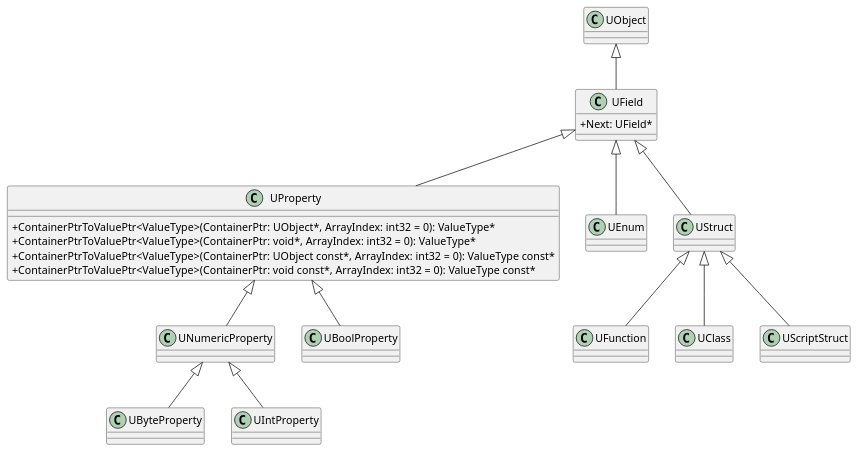
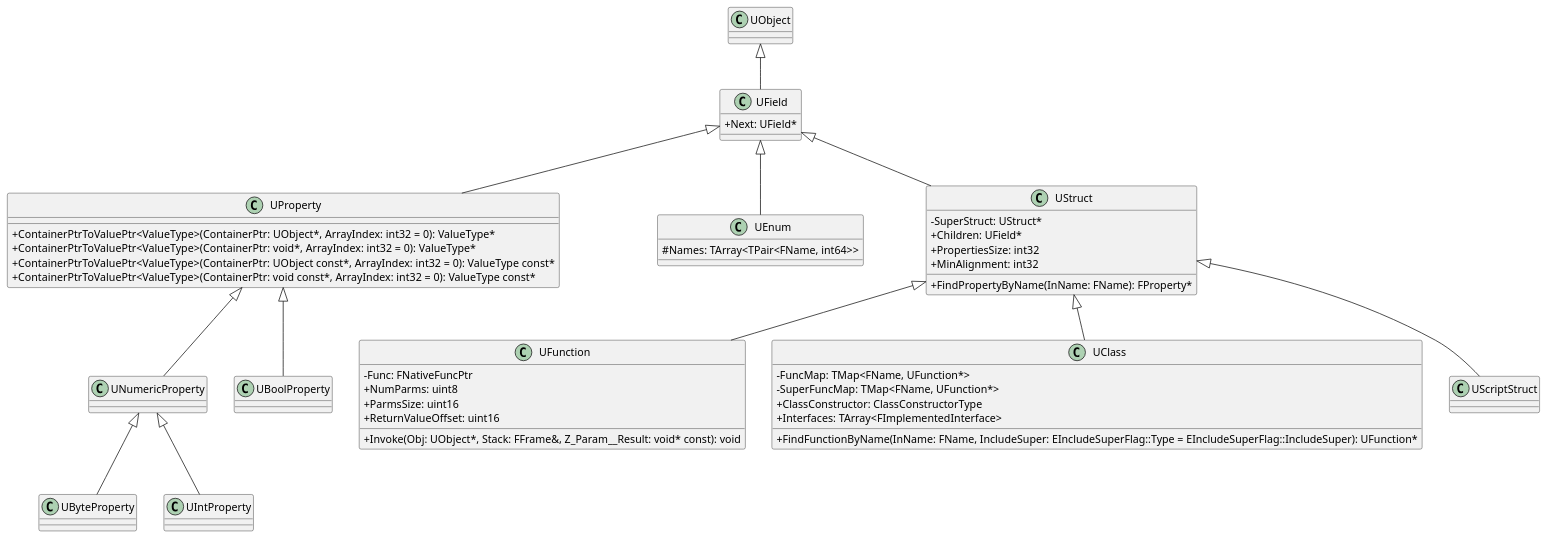
One commit to FlyAndNotDown/blog-source changed the second of 2 diagrams in uml/33.plantuml. Above: the diagram before and after it, drawn with PlantUML. The commit also changed 2 other files, not shown here.

```diff
--- a/uml/33.plantuml
+++ b/uml/33.plantuml
@@ -21,54 +21,64 @@
 @startuml UField
 skinparam classAttributeIconSize 0
 
 class UObject {}
 
 class UField {
     + Next: UField*
 }
 
 class UProperty {
     + ContainerPtrToValuePtr<ValueType>(ContainerPtr: UObject*, ArrayIndex: int32 = 0): ValueType*
     + ContainerPtrToValuePtr<ValueType>(ContainerPtr: void*, ArrayIndex: int32 = 0): ValueType*
     + ContainerPtrToValuePtr<ValueType>(ContainerPtr: UObject const*, ArrayIndex: int32 = 0): ValueType const*
     + ContainerPtrToValuePtr<ValueType>(ContainerPtr: void const*, ArrayIndex: int32 = 0): ValueType const*
 }
 
 class UNumericProperty {}
 class UByteProperty {}
 class UIntProperty {}
 class UBoolProperty {}
 
 class UEnum {
-
+    # Names: TArray<TPair<FName, int64>>
 }
 
 class UStruct {
-
+    - SuperStruct: UStruct*
+    + Children: UField*
+    + PropertiesSize: int32
+    + MinAlignment: int32
+    + FindPropertyByName(InName: FName): FProperty*
 }
 
 class UFunction {
-
+    - Func: FNativeFuncPtr
+    + NumParms: uint8
+    + ParmsSize: uint16
+    + ReturnValueOffset: uint16
+    + Invoke(Obj: UObject*, Stack: FFrame&, Z_Param__Result: void* const): void
 }
 
 class UClass {
-
+    - FuncMap: TMap<FName, UFunction*>
+    - SuperFuncMap: TMap<FName, UFunction*>
+    + ClassConstructor: ClassConstructorType
+    + Interfaces: TArray<FImplementedInterface>
+    + FindFunctionByName(InName: FName, IncludeSuper: EIncludeSuperFlag::Type = EIncludeSuperFlag::IncludeSuper): UFunction*
 }
 
-class UScriptStruct {
-    
-}
+class UScriptStruct {}
 
 UObject <|-- UField
 UField <|-- UProperty
 UField <|-- UEnum
 UField <|-- UStruct
 UStruct <|-- UFunction
 UStruct <|-- UClass
 UStruct <|-- UScriptStruct
 UProperty <|-- UNumericProperty
 UNumericProperty <|-- UByteProperty
 UNumericProperty <|-- UIntProperty
 UProperty <|-- UBoolProperty
 
 @enduml
```
